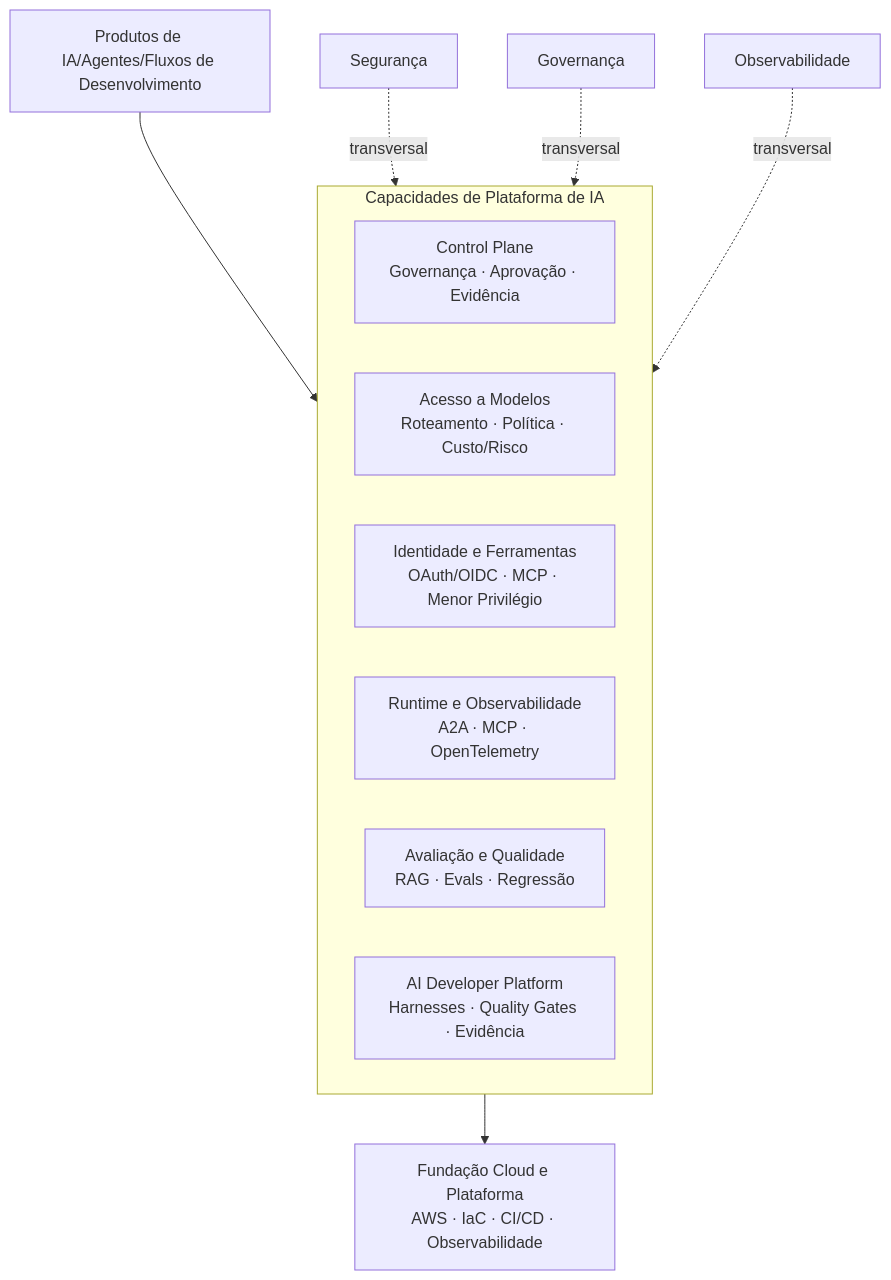
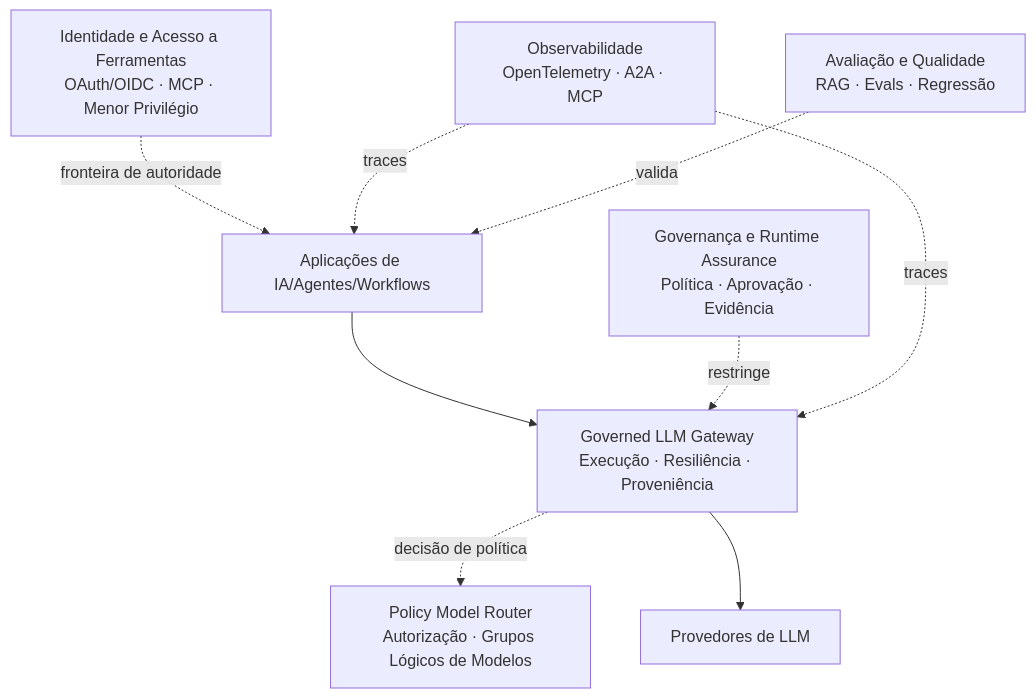
Before and after one commit to brunovicco/brunovicco: the diagram in README.pt-BR.md, drawn with Mermaid. The commit also changed other lines of this file and 3 other files, not shown here.

````diff
--- a/README.pt-BR.md
+++ b/README.pt-BR.md
@@ -84,22 +55,23 @@
 ```mermaid
 flowchart TB
-    Apps["Produtos de IA/Agentes/Fluxos de Desenvolvimento"]
+    Apps["Aplicações de IA/Agentes/Workflows"]
 
-    subgraph Platform["Capacidades de Plataforma de IA"]
-        CP["Control Plane\nGovernança · Aprovação · Evidência"]
-        MR["Acesso a Modelos\nRoteamento · Política · Custo/Risco"]
-        ID["Identidade e Ferramentas\nOAuth/OIDC · MCP · Menor Privilégio"]
-        RT["Runtime e Observabilidade\nA2A · MCP · OpenTelemetry"]
-        EV["Avaliação e Qualidade\nRAG · Evals · Regressão"]
-        DX["AI Developer Platform\nHarnesses · Quality Gates · Evidência"]
-    end
+    Gateway["Governed LLM Gateway<br/>Execução · Resiliência · Proveniência"]
+    Router["Policy Model Router<br/>Autorização · Grupos Lógicos de Modelos"]
+    Providers["Provedores de LLM"]
 
-    Cloud["Fundação Cloud e Plataforma\nAWS · IaC · CI/CD · Observabilidade"]
+    Governance["Governança e Runtime Assurance<br/>Política · Aprovação · Evidência"]
+    Identity["Identidade e Acesso a Ferramentas<br/>OAuth/OIDC · MCP · Menor Privilégio"]
+    Observability["Observabilidade<br/>OpenTelemetry · A2A · MCP"]
+    Evaluation["Avaliação e Qualidade<br/>RAG · Evals · Regressão"]
 
-    Apps --> Platform
-    Platform --> Cloud
+    Apps --> Gateway
+    Gateway -. decisão de política .-> Router
+    Gateway --> Providers
 
-    S["Segurança"] -. transversal .-> Platform
-    G["Governança"] -. transversal .-> Platform
-    O["Observabilidade"] -. transversal .-> Platform
+    Governance -. restringe .-> Gateway
+    Identity -. fronteira de autoridade .-> Apps
+    Observability -. traces .-> Apps
+    Observability -. traces .-> Gateway
+    Evaluation -. valida .-> Apps
 ```
````
